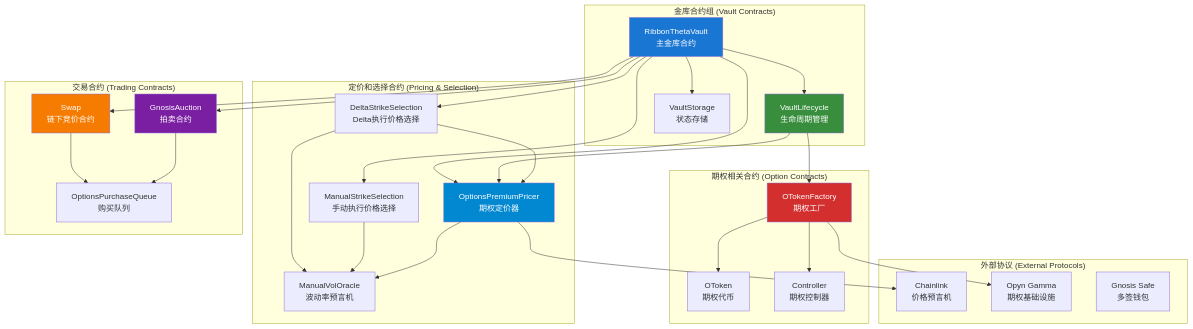
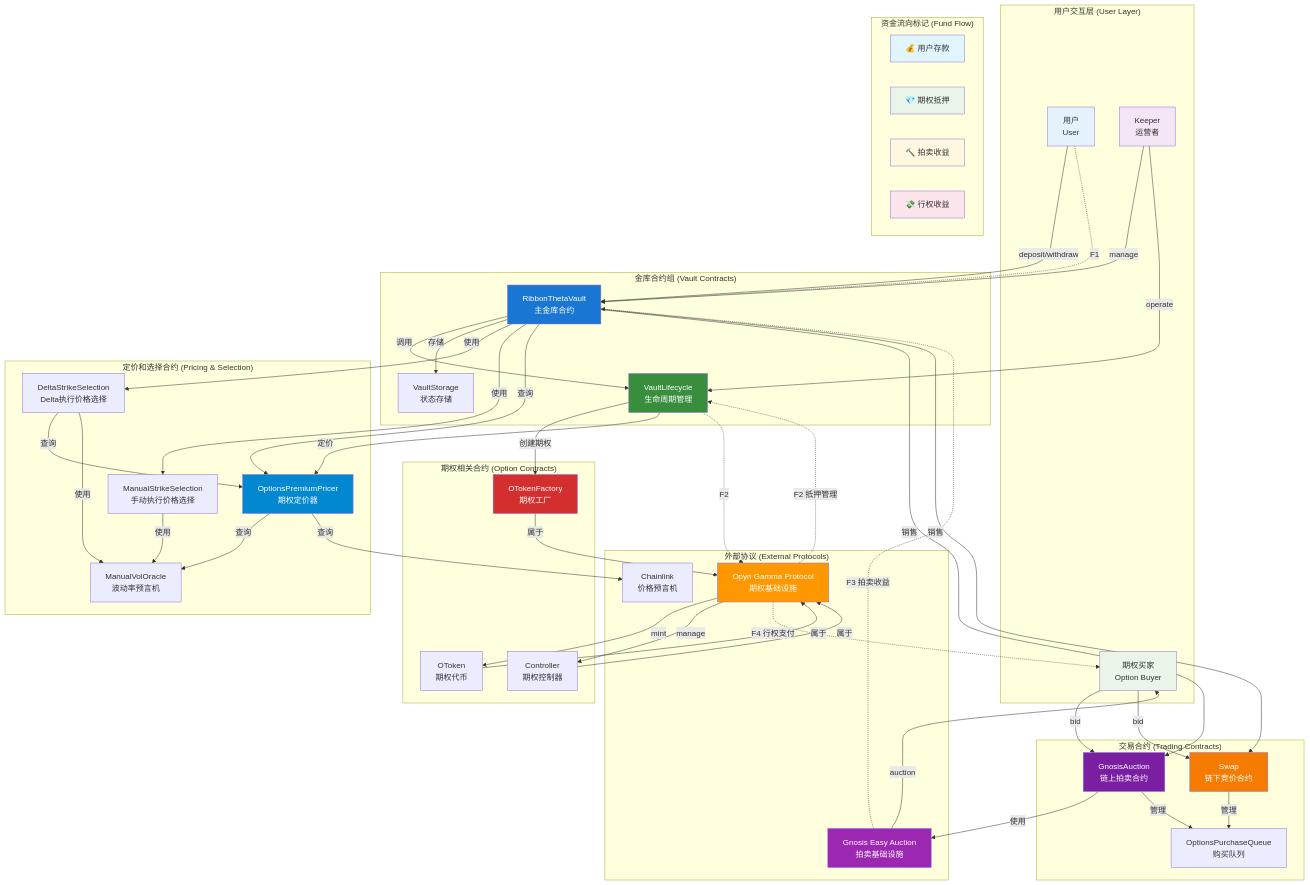
Before and after one commit to bindoon/ribbon-v2: the sixth of 7 diagrams in prd.md, drawn with Mermaid. The commit also changed other lines of this file and 5 other files, not shown here.

````diff
--- a/prd.md
+++ b/prd.md
@@ -1324,5 +1374,11 @@
 ```mermaid
 graph TD
+    subgraph "用户交互层 (User Layer)"
+        USER[用户<br/>User]
+        BUYER[期权买家<br/>Option Buyer]
+        KEEPER[Keeper<br/>运营者]
+    end
+    
     subgraph "金库合约组 (Vault Contracts)"
         RTV[RibbonThetaVault<br/>主金库合约]
         VL[VaultLifecycle<br/>生命周期管理]
@@ -1343,48 +1399,84 @@
     end
     
     subgraph "交易合约 (Trading Contracts)"
+        GA[GnosisAuction<br/>链上拍卖合约]
         SWP[Swap<br/>链下竞价合约]
-        GA[GnosisAuction<br/>拍卖合约]
         OPQ[OptionsPurchaseQueue<br/>购买队列]
     end
     
     subgraph "外部协议 (External Protocols)"
+        OPYN[Opyn Gamma Protocol<br/>期权基础设施]
+        GNOSIS[Gnosis Easy Auction<br/>拍卖基础设施]
         CL[Chainlink<br/>价格预言机]
-        OPYN[Opyn Gamma<br/>期权基础设施]
-        GNOSIS[Gnosis Safe<br/>多签钱包]
     end
     
+    subgraph "资金流向标记 (Fund Flow)"
+        F1[💰 用户存款]
+        F2[💎 期权抵押]
+        F3[🔨 拍卖收益]
+        F4[💸 行权收益]
+    end
+    
+    %% 用户交互
+    USER -->|deposit/withdraw| RTV
+    USER -.->|F1| RTV
+    BUYER -->|bid| GA
+    BUYER -->|bid| SWP
+    KEEPER -->|manage| RTV
+    KEEPER -->|operate| VL
+    
     %% 主要交互关系
-    RTV --> VL
-    RTV --> VS
-    RTV --> DSS
-    RTV --> MSS
-    RTV --> OPP
-    RTV --> SWP
-    RTV --> GA
+    RTV -->|调用| VL
+    RTV -->|存储| VS
+    RTV -->|使用| DSS
+    RTV -->|使用| MSS
+    RTV -->|查询| OPP
+    RTV -->|销售| GA
+    RTV -->|销售| SWP
     
-    VL --> OTF
-    VL --> OPP
+    VL -->|创建期权| OTF
+    VL -->|定价| OPP
+    VL -.->|F2| OPYN
     
-    OTF --> OT
-    OTF --> CTRL
-    OTF --> OPYN
+    %% Opyn 协议集成
+    OTF -->|属于| OPYN
+    OT -->|属于| OPYN
+    CTRL -->|属于| OPYN
+    OPYN -->|mint| OT
+    OPYN -->|manage| CTRL
+    OPYN -.->|F2 抵押管理| VL
+    OPYN -.->|F4 行权支付| BUYER
     
-    DSS --> OPP
-    DSS --> MVO
-    MSS --> MVO
+    %% Gnosis 协议集成
+    GA -->|使用| GNOSIS
+    GNOSIS -->|auction| BUYER
+    GNOSIS -.->|F3 拍卖收益| RTV
     
-    OPP --> MVO
-    OPP --> CL
+    %% 定价系统
+    DSS -->|查询| OPP
+    DSS -->|使用| MVO
+    MSS -->|使用| MVO
+    OPP -->|查询| MVO
+    OPP -->|查询| CL
     
-    SWP --> OPQ
-    GA --> OPQ
+    %% 交易系统
+    SWP -->|管理| OPQ
+    GA -->|管理| OPQ
     
-    %% 样式
+    %% 样式设定
     style RTV fill:#1976d2,color:#fff
     style VL fill:#388e3c,color:#fff
+    style OPYN fill:#ff9800,color:#fff
+    style GNOSIS fill:#9c27b0,color:#fff
+    style GA fill:#7b1fa2,color:#fff
     style SWP fill:#f57c00,color:#fff
-    style GA fill:#7b1fa2,color:#fff
     style OTF fill:#d32f2f,color:#fff
     style OPP fill:#0288d1,color:#fff
+    style USER fill:#e3f2fd
+    style BUYER fill:#e8f5e8
+    style KEEPER fill:#f3e5f5
+    style F1 fill:#e1f5fe
+    style F2 fill:#e8f5e8
+    style F3 fill:#fff8e1
+    style F4 fill:#fce4ec
 ```
````
